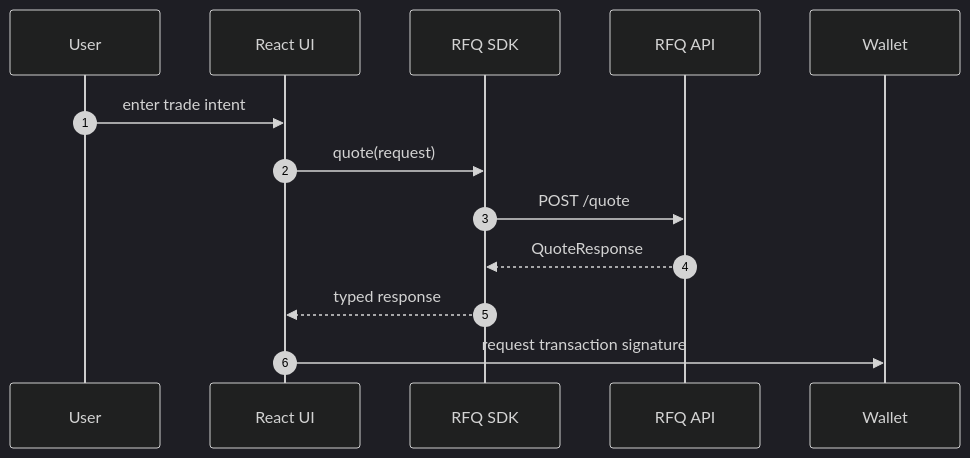
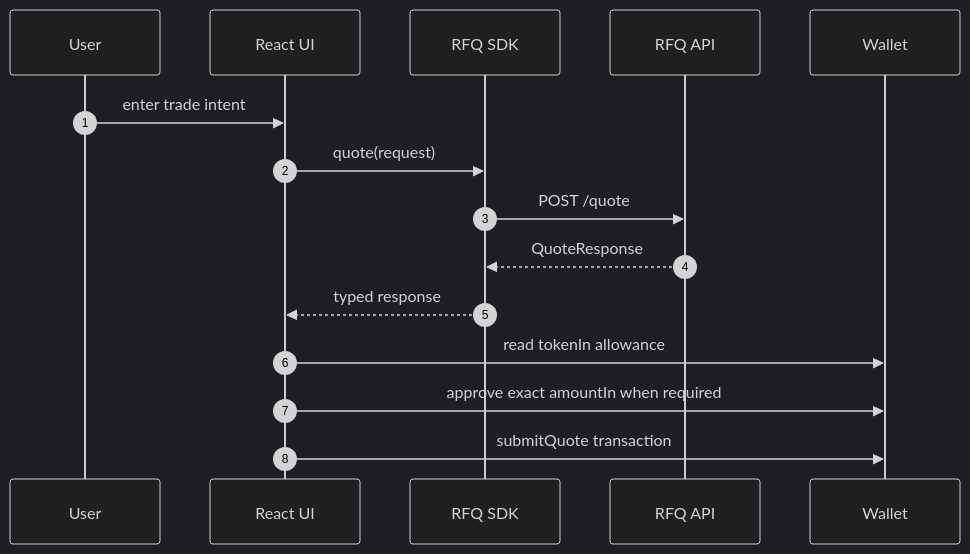
One commit to alvis-ai/production-grade-web3-rfq-market-maker changed the second of 3 diagrams in book/Volume6-Frontend-And-SDK/Chapter01-Frontend-Architecture.md. Above: the diagram before and after it, drawn with Mermaid (dark theme). The commit also changed other lines of this file and 14 other files, not shown here.

````diff
--- a/book/Volume6-Frontend-And-SDK/Chapter01-Frontend-Architecture.md
+++ b/book/Volume6-Frontend-And-SDK/Chapter01-Frontend-Architecture.md
@@ -72,16 +72,18 @@
 ```mermaid
 sequenceDiagram
   autonumber
   participant U as User
   participant UI as React UI
   participant SDK as RFQ SDK
   participant API as RFQ API
   participant W as Wallet
 
   U->>UI: enter trade intent
   UI->>SDK: quote(request)
   SDK->>API: POST /quote
   API-->>SDK: QuoteResponse
   SDK-->>UI: typed response
-  UI->>W: request transaction signature
+  UI->>W: read tokenIn allowance
+  UI->>W: approve exact amountIn when required
+  UI->>W: submitQuote transaction
 ```
````
